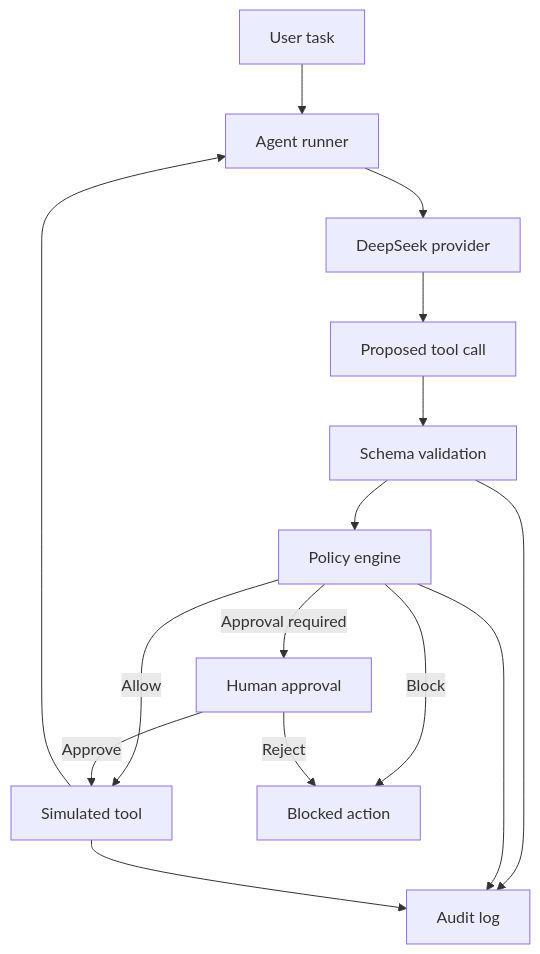
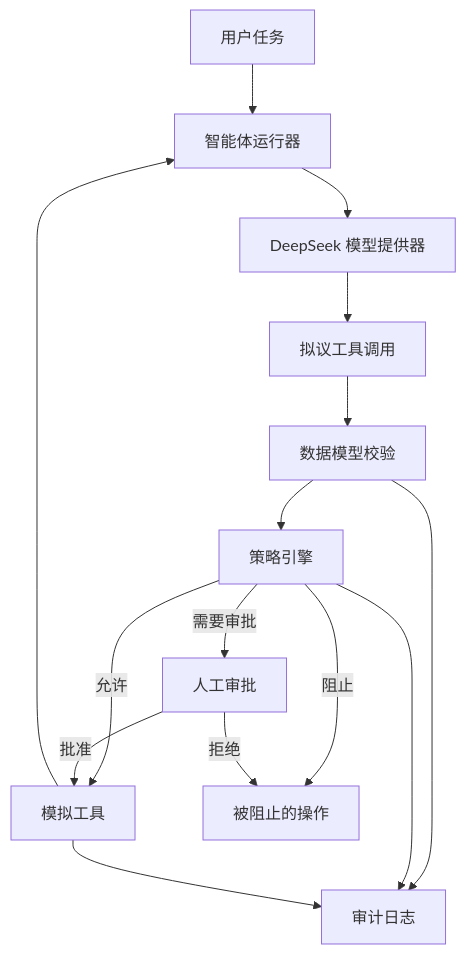
The diagram in docs/threat-model.md (Bill3710/deepseek-agentguard), drawn with Mermaid before and after one commit. The commit also changed other lines of this file and 19 other files, not shown here.

````diff
--- a/docs/threat-model.md
+++ b/docs/threat-model.md
@@ -11,17 +11,17 @@
 ```mermaid
 flowchart TD
-    U[User task] --> R[Agent runner]
-    R --> M[DeepSeek provider]
-    M --> C[Proposed tool call]
-    C --> V[Schema validation]
-    V --> P[Policy engine]
-    P -->|Allow| T[Simulated tool]
-    P -->|Block| B[Blocked action]
-    P -->|Approval required| H[Human approval]
-    H -->|Approve| T
-    H -->|Reject| B
+    U[用户任务] --> R[智能体运行器]
+    R --> M[DeepSeek 模型提供器]
+    M --> C[拟议工具调用]
+    C --> V[数据模型校验]
+    V --> P[策略引擎]
+    P -->|允许| T[模拟工具]
+    P -->|阻止| B[被阻止的操作]
+    P -->|需要审批| H[人工审批]
+    H -->|批准| T
+    H -->|拒绝| B
     T --> R
-    V --> A[Audit log]
+    V --> A[审计日志]
     P --> A
     T --> A
 ```
````
